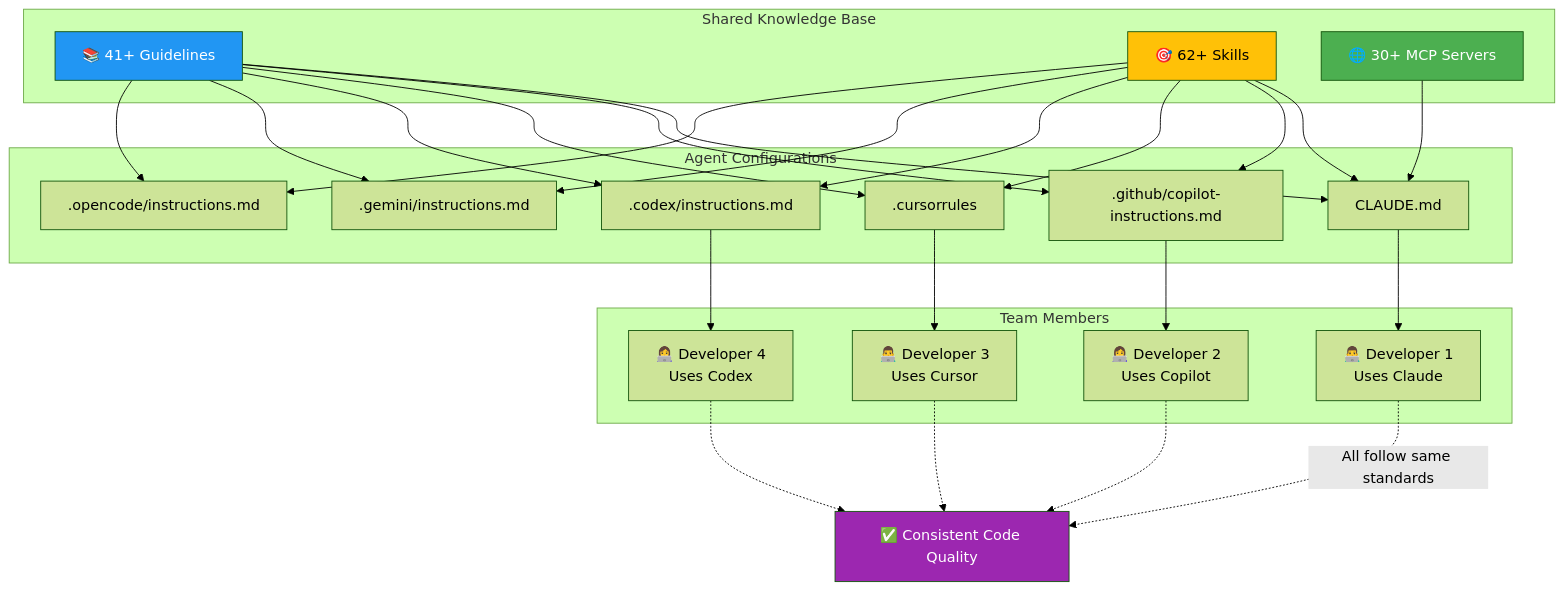
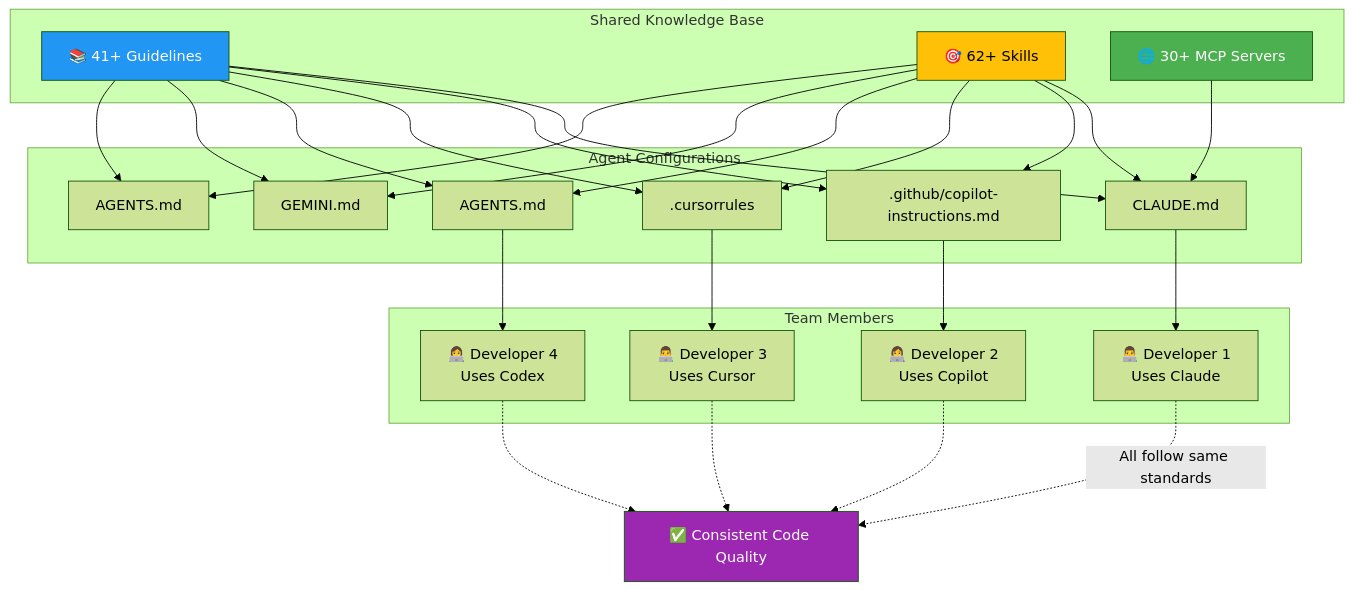
One commit to ColdBox/coldbox-cli changed the seventh of 8 diagrams in AI_INTEGRATION.md. Above: the diagram before and after it, drawn with Mermaid (forest theme). The commit also changed other lines of this file and 5 other files, not shown here.

````diff
--- a/AI_INTEGRATION.md
+++ b/AI_INTEGRATION.md
@@ -966,43 +967,43 @@
 ```mermaid
 graph TB
     subgraph "Shared Knowledge Base"
         Guidelines["📚 41+ Guidelines"]
         Skills["🎯 62+ Skills"]
         MCP["🌐 30+ MCP Servers"]
     end
 
     subgraph "Agent Configurations"
         Guidelines --> ClaudeConfig["CLAUDE.md"]
         Guidelines --> CopilotConfig[".github/copilot-instructions.md"]
         Guidelines --> CursorConfig[".cursorrules"]
-        Guidelines --> CodexConfig[".codex/instructions.md"]
-        Guidelines --> GeminiConfig[".gemini/instructions.md"]
-        Guidelines --> OpenCodeConfig[".opencode/instructions.md"]
+        Guidelines --> CodexConfig["AGENTS.md"]
+        Guidelines --> GeminiConfig["GEMINI.md"]
+        Guidelines --> OpenCodeConfig["AGENTS.md"]
 
         Skills --> ClaudeConfig
         Skills --> CopilotConfig
         Skills --> CursorConfig
         Skills --> CodexConfig
         Skills --> GeminiConfig
         Skills --> OpenCodeConfig
 
         MCP --> ClaudeConfig
     end
 
     subgraph "Team Members"
         ClaudeConfig --> Dev1["👨‍💻 Developer 1<br/>Uses Claude"]
         CopilotConfig --> Dev2["👩‍💻 Developer 2<br/>Uses Copilot"]
         CursorConfig --> Dev3["👨‍💻 Developer 3<br/>Uses Cursor"]
         CodexConfig --> Dev4["👩‍💻 Developer 4<br/>Uses Codex"]
     end
 
     Dev1 -."All follow same standards".-> Standards["✅ Consistent Code Quality"]
     Dev2 -.-> Standards
     Dev3 -.-> Standards
     Dev4 -.-> Standards
 
     style Guidelines fill:#2196f3,color:#fff
     style Skills fill:#ffc107,color:#000
     style MCP fill:#4caf50,color:#fff
     style Standards fill:#9c27b0,color:#fff
 ```
````
